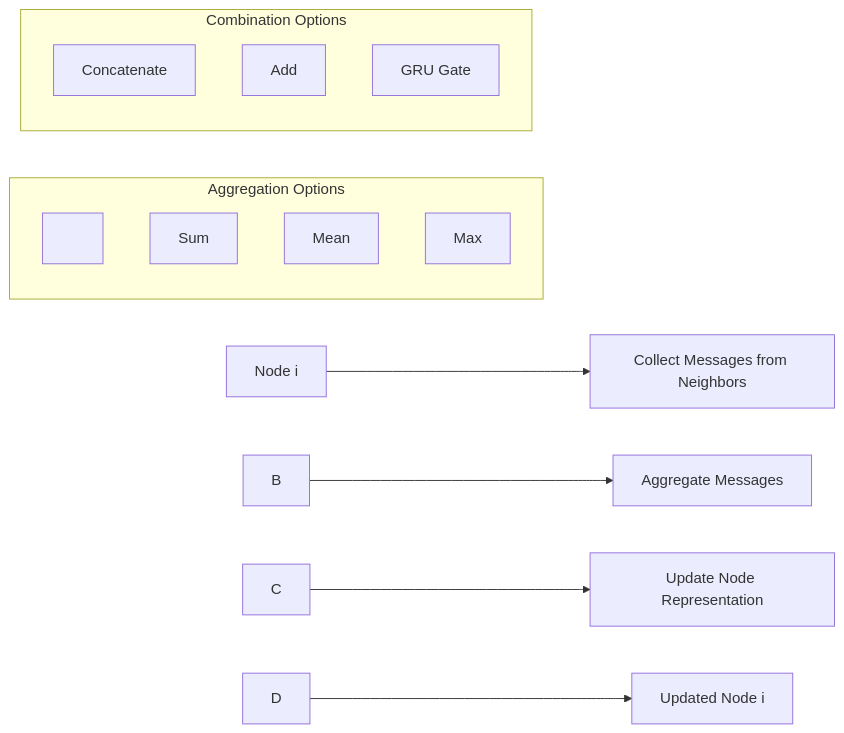
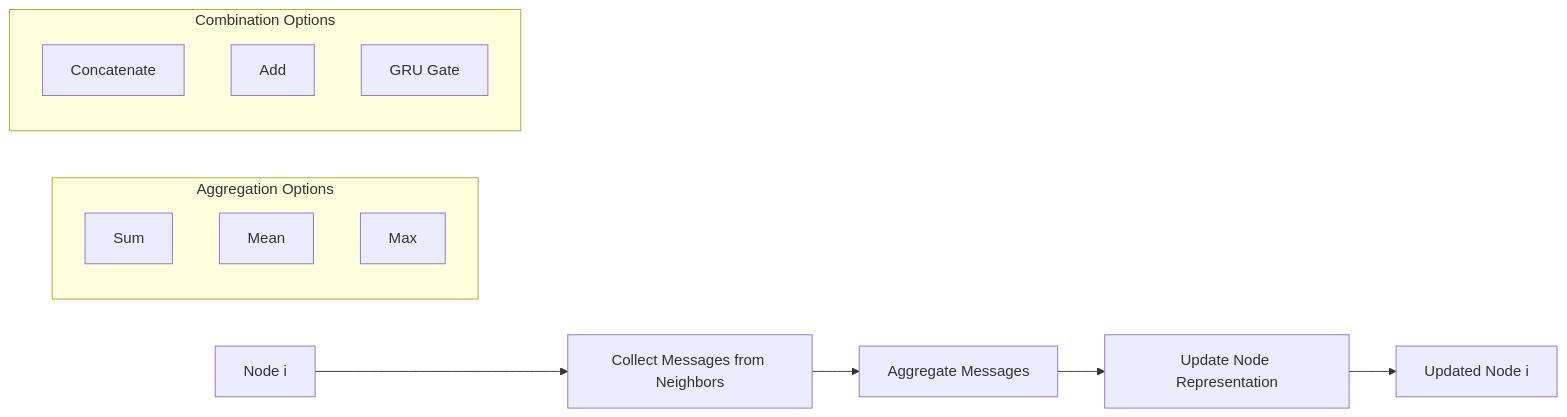
The third of 4 diagrams in README.MD (dhruvsh1997/GraphLearn-Graph-Neural-Network-for-Node-Classification), drawn with Mermaid before and after one commit. The commit also changed other lines of this file, not shown here.

````diff
--- a/README.MD
+++ b/README.MD
@@ -131,37 +83,19 @@
 ```mermaid
+graph LR
+    A[Node i] --> B[Collect Messages from Neighbors]
+    B --> C[Aggregate Messages]
+    C --> D[Update Node Representation]
+    D --> E[Updated Node i]
 
-graph LR
+    subgraph "Aggregation Options"
+        F[Sum]
+        G[Mean]
+        H[Max]
+    end
 
-&nbsp;   A\[Node i] --> B\[Collect Messages from Neighbors]
-
-&nbsp;   B --> C\[Aggregate Messages]
-
-&nbsp;   C --> D\[Update Node Representation]
-
-&nbsp;   D --> E\[Updated Node i]
-
-&nbsp;   
-
-&nbsp;   subgraph "Aggregation Options"
-
-&nbsp;       F\[Sum]
-
-&nbsp;       G\[Mean]
-
-&nbsp;       H\[Max]
-
-&nbsp;   end
-
-&nbsp;   
-
-&nbsp;   subgraph "Combination Options"
-
-&nbsp;       I\[Concatenate]
-
-&nbsp;       J\[Add]
-
-&nbsp;       K\[GRU Gate]
-
-&nbsp;   end
-
+    subgraph "Combination Options"
+        I[Concatenate]
+        J[Add]
+        K[GRU Gate]
+    end
 ```
````
